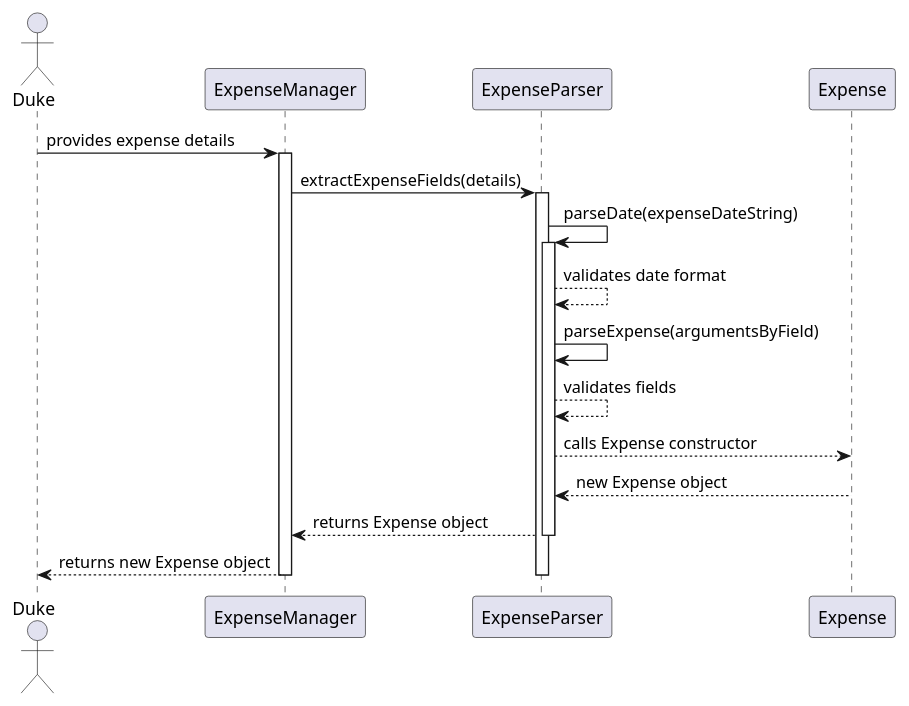
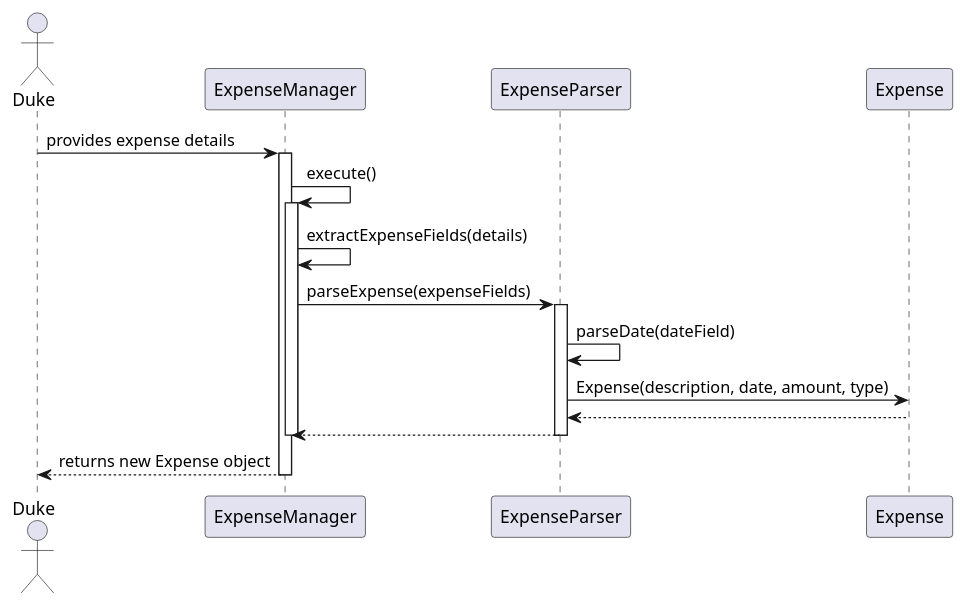
Before and after one commit to nus-cs2113-AY2324S1/tp: the diagram in images/expenseManager_sequence_diagram.puml, drawn with PlantUML. The commit also changed 3 other files, not shown here.

```diff
--- a/images/expenseManager_sequence_diagram.puml
+++ b/images/expenseManager_sequence_diagram.puml
@@ -1,23 +1,22 @@
 @startuml
 actor Duke
 participant ExpenseManager
 participant ExpenseParser
 participant Expense
 
 Duke -> ExpenseManager: provides expense details
 activate ExpenseManager
-ExpenseManager -> ExpenseParser: extractExpenseFields(details)
+ExpenseManager -> ExpenseManager: execute()
+activate ExpenseManager
+ExpenseManager -> ExpenseManager: extractExpenseFields(details)
+ExpenseManager -> ExpenseParser: parseExpense(expenseFields)
 activate ExpenseParser
-ExpenseParser -> ExpenseParser: parseDate(expenseDateString)
-activate ExpenseParser
-ExpenseParser --> ExpenseParser: validates date format
-ExpenseParser -> ExpenseParser: parseExpense(argumentsByField)
-ExpenseParser --> ExpenseParser: validates fields
-ExpenseParser --> Expense: calls Expense constructor
-Expense --> ExpenseParser: new Expense object
-ExpenseParser --> ExpenseManager: returns Expense object
-deactivate ExpenseParser
-ExpenseManager --> Duke: returns new Expense object
+ExpenseParser -> ExpenseParser: parseDate(dateField)
+ExpenseParser -> Expense: Expense(description, date, amount, type)
+Expense --> ExpenseParser
+ExpenseParser --> ExpenseManager
 deactivate ExpenseParser
 deactivate ExpenseManager
+ExpenseManager --> Duke: returns new Expense object
+deactivate ExpenseManager
 @enduml
```
